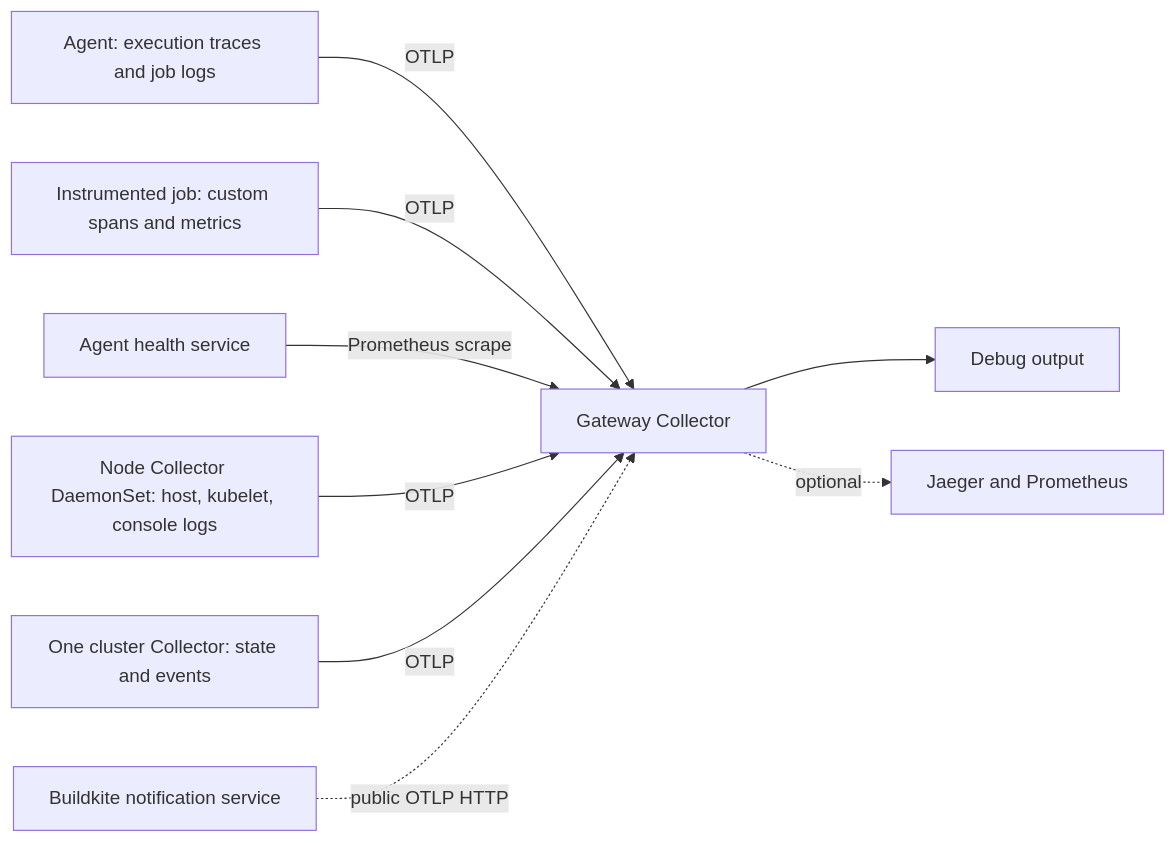
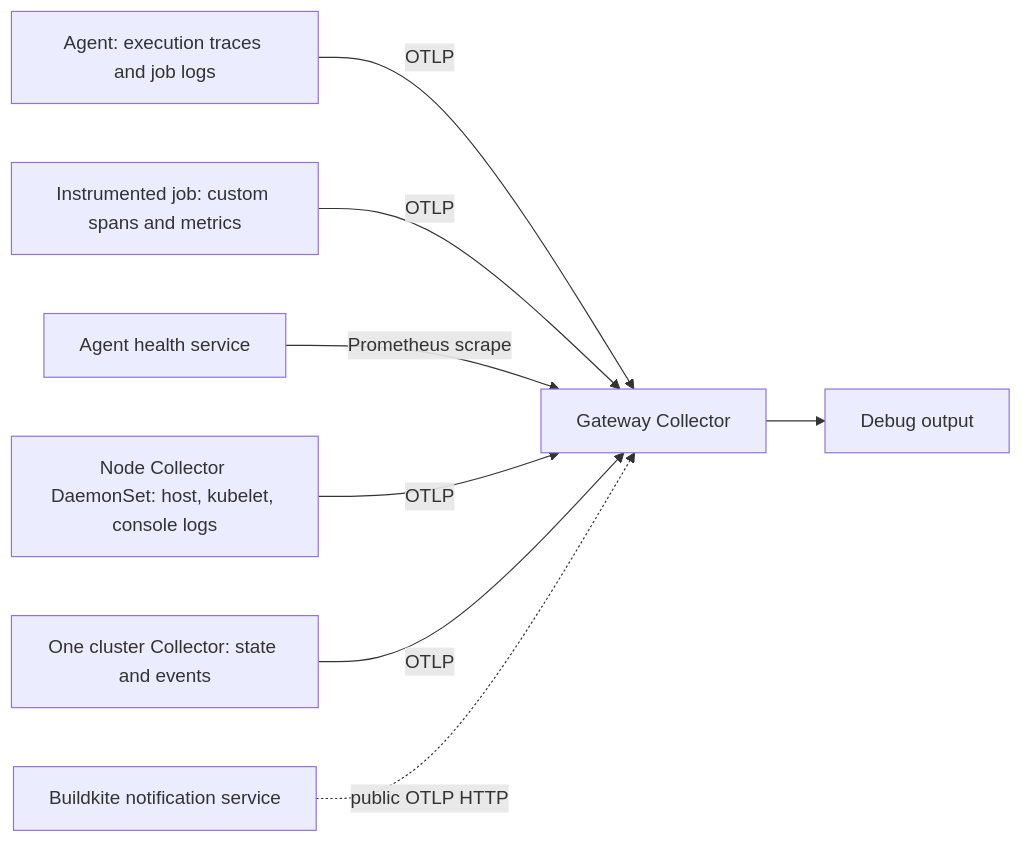
The diagram in tutorial/README.md (ovalle15/otel-bk), drawn with Mermaid before and after one commit. The commit also changed other lines of this file and 5 other files, not shown here.

````diff
--- a/tutorial/README.md
+++ b/tutorial/README.md
@@ -25,11 +25,10 @@
 ```mermaid
 flowchart LR
   A[Agent: execution traces and job logs] -->|OTLP| G[Gateway Collector]
   J[Instrumented job: custom spans and metrics] -->|OTLP| G
   M[Agent health service] -->|Prometheus scrape| G
   N[Node Collector DaemonSet: host, kubelet, console logs] -->|OTLP| G
   C[One cluster Collector: state and events] -->|OTLP| G
   G --> D[Debug output]
-  G -. optional .-> B[Jaeger and Prometheus]
   P[Buildkite notification service] -. public OTLP HTTP .-> G
 ```
````
